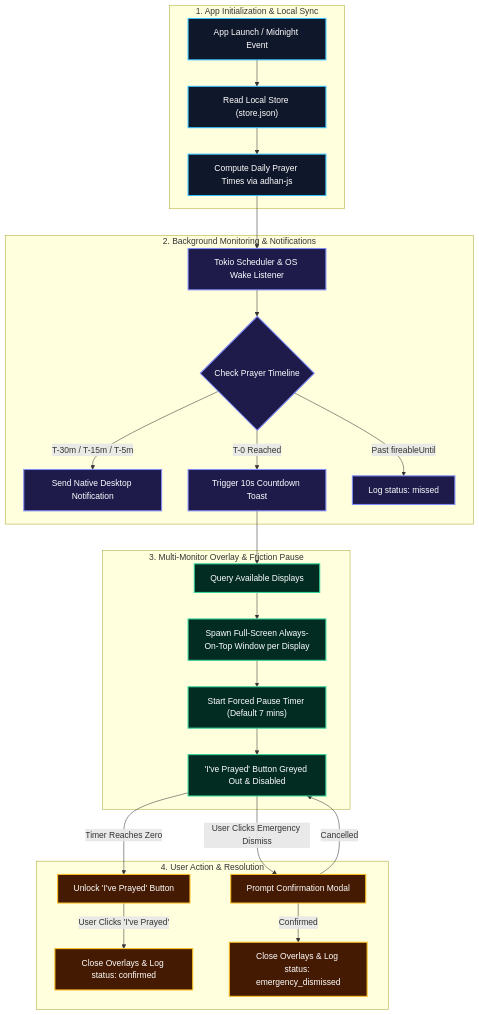
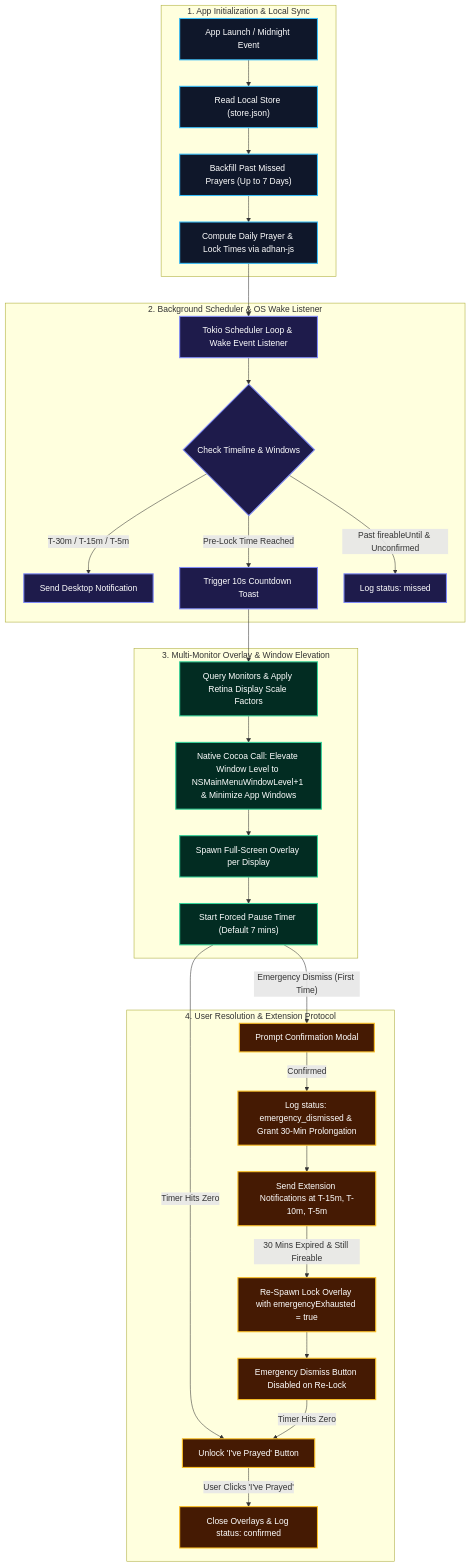
Before and after one commit to NureniJamiu/waqt: the diagram in README.md, drawn with Mermaid. The commit also changed other lines of this file, not shown here.

Commit message:
docs(readme): update README.md with latest features, architecture flow, and data model

````diff
--- a/README.md
+++ b/README.md
@@ -29,41 +30,45 @@
 ```mermaid
 flowchart TD
     subgraph Launch["1. App Initialization & Local Sync"]
         A["App Launch / Midnight Event"] --> B["Read Local Store (store.json)"]
-        B --> C["Compute Daily Prayer Times via adhan-js"]
+        B --> C["Backfill Past Missed Prayers (Up to 7 Days)"]
+        C --> D["Compute Daily Prayer & Lock Times via adhan-js"]
     end
 
-    subgraph Scheduling["2. Background Monitoring & Notifications"]
-        C --> D["Tokio Scheduler & OS Wake Listener"]
-        D --> E{"Check Prayer Timeline"}
-        E -- "T-30m / T-15m / T-5m" --> F["Send Native Desktop Notification"]
-        E -- "T-0 Reached" --> G["Trigger 10s Countdown Toast"]
-        E -- "Past fireableUntil" --> H["Log status: missed"]
+    subgraph Scheduling["2. Background Scheduler & OS Wake Listener"]
+        D --> E["Tokio Scheduler Loop & Wake Event Listener"]
+        E --> F{"Check Timeline & Windows"}
+        F -- "T-30m / T-15m / T-5m" --> G["Send Desktop Notification"]
+        F -- "Pre-Lock Time Reached" --> H["Trigger 10s Countdown Toast"]
+        F -- "Past fireableUntil & Unconfirmed" --> I["Log status: missed"]
     end
 
-    subgraph OverlayFlow["3. Multi-Monitor Overlay & Friction Pause"]
-        G --> I["Query Available Displays"]
-        I --> J["Spawn Full-Screen Always-On-Top Window per Display"]
-        J --> K["Start Forced Pause Timer (Default 7 mins)"]
-        K --> L["'I've Prayed' Button Greyed Out & Disabled"]
+    subgraph OverlayFlow["3. Multi-Monitor Overlay & Window Elevation"]
+        H --> J["Query Monitors & Apply Retina Display Scale Factors"]
+        J --> K["Native Cocoa Call: Elevate Window Level to NSMainMenuWindowLevel+1 & Minimize App Windows"]
+        K --> L["Spawn Full-Screen Overlay per Display"]
+        L --> M["Start Forced Pause Timer (Default 7 mins)"]
     end
 
-    subgraph UserResolution["4. User Action & Resolution"]
-        L -- "Timer Reaches Zero" --> M["Unlock 'I've Prayed' Button"]
-        M -- "User Clicks 'I've Prayed'" --> N["Close Overlays & Log status: confirmed"]
+    subgraph UserResolution["4. User Resolution & Extension Protocol"]
+        M -- "Timer Hits Zero" --> N["Unlock 'I've Prayed' Button"]
+        N -- "User Clicks 'I've Prayed'" --> O["Close Overlays & Log status: confirmed"]
         
-        L -- "User Clicks Emergency Dismiss" --> O["Prompt Confirmation Modal"]
-        O -- "Confirmed" --> P["Close Overlays & Log status: emergency_dismissed"]
-        O -- "Cancelled" --> L
+        M -- "Emergency Dismiss (First Time)" --> P["Prompt Confirmation Modal"]
+        P -- "Confirmed" --> Q["Log status: emergency_dismissed & Grant 30-Min Prolongation"]
+        Q --> R["Send Extension Notifications at T-15m, T-10m, T-5m"]
+        R -- "30 Mins Expired & Still Fireable" --> S["Re-Spawn Lock Overlay with emergencyExhausted = true"]
+        S --> T["Emergency Dismiss Button Disabled on Re-Lock"]
+        T -- "Timer Hits Zero" --> N
     end
 
     classDef launchStyle fill:#0f172a,stroke:#38bdf8,stroke-width:2px,color:#fff;
     classDef schedStyle fill:#1e1b4b,stroke:#818cf8,stroke-width:2px,color:#fff;
     classDef overlayStyle fill:#022c22,stroke:#34d399,stroke-width:2px,color:#fff;
     classDef actionStyle fill:#451a03,stroke:#fbbf24,stroke-width:2px,color:#fff;
 
-    class A,B,C launchStyle;
-    class D,E,F,G,H schedStyle;
-    class I,J,K,L overlayStyle;
-    class M,N,O,P actionStyle;
+    class A,B,C,D launchStyle;
+    class E,F,G,H,I schedStyle;
+    class J,K,L,M overlayStyle;
+    class N,O,P,Q,R,S,T actionStyle;
 ```
````
